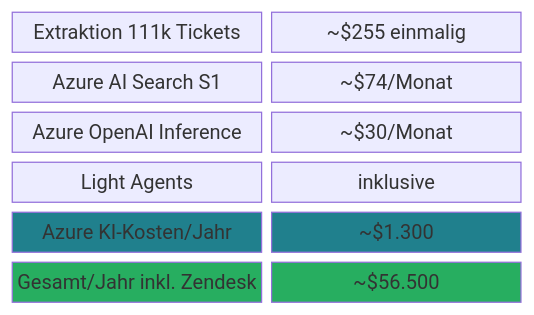
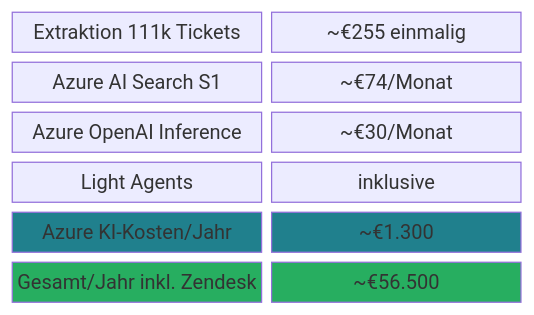
The fourth of 11 diagrams in readme.md (tekknix/zendesk-ai), drawn with Mermaid before and after one commit. The commit also changed other lines of this file, not shown here.

````diff
--- a/readme.md
+++ b/readme.md
@@ -69,15 +69,15 @@
 ```mermaid
 block-beta
     columns 2
-    A["Extraktion 111k Tickets"]:1 B["~$255 einmalig"]:1
-    C["Azure AI Search S1"]:1 D["~$74/Monat"]:1
-    E["Azure OpenAI Inference"]:1 F["~$30/Monat"]:1
+    A["Extraktion 111k Tickets"]:1 B["~€255 einmalig"]:1
+    C["Azure AI Search S1"]:1 D["~€74/Monat"]:1
+    E["Azure OpenAI Inference"]:1 F["~€30/Monat"]:1
     G["Light Agents"]:1 H["inklusive"]:1
-    I["Azure KI-Kosten/Jahr"]:1 J["~$1.300"]:1
-    K["Gesamt/Jahr inkl. Zendesk"]:1 L["~$56.500"]:1
+    I["Azure KI-Kosten/Jahr"]:1 J["~€1.300"]:1
+    K["Gesamt/Jahr inkl. Zendesk"]:1 L["~€56.500"]:1
 
     style I fill:#20808D,color:#fff
     style J fill:#20808D,color:#fff
     style K fill:#27AE60,color:#fff
     style L fill:#27AE60,color:#fff
 ```
````
